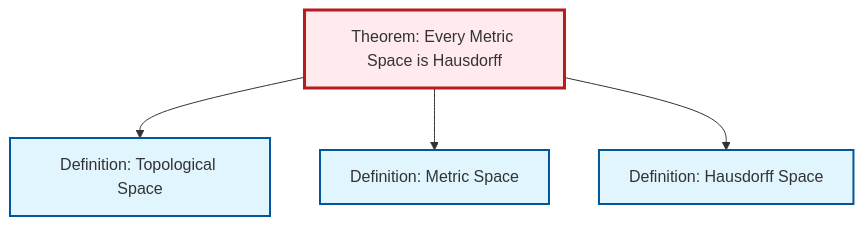
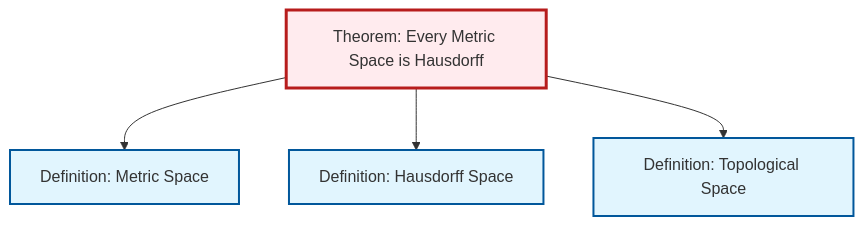
The diagram in content/ja/topology/thm-metric-hausdorff.qmd (RK0429/ModernMath), drawn with Mermaid before and after one commit. The commit also changed other lines of this file and 615 other files, not shown here.

````diff
--- a/content/ja/topology/thm-metric-hausdorff.qmd
+++ b/content/ja/topology/thm-metric-hausdorff.qmd
@@ -63,20 +63,20 @@
 ```{mermaid}
 %%| fig-cap: "Local dependency graph"
 graph TD
     classDef definition fill:#e1f5fe,stroke:#01579b,stroke-width:2px
     classDef theorem fill:#f3e5f5,stroke:#4a148c,stroke-width:2px
     classDef axiom fill:#fff3e0,stroke:#e65100,stroke-width:2px
     classDef example fill:#e8f5e9,stroke:#1b5e20,stroke-width:2px
     classDef current fill:#ffebee,stroke:#b71c1c,stroke-width:3px
     def-hausdorff["Definition: Hausdorff Space"]:::definition
     def-metric-space["Definition: Metric Space"]:::definition
     thm-metric-hausdorff["Theorem: Every Metric Space is Hausdorff"]:::theorem
     def-topological-space["Definition: Topological Space"]:::definition
-    thm-metric-hausdorff --> def-topological-space
     thm-metric-hausdorff --> def-metric-space
     thm-metric-hausdorff --> def-hausdorff
+    thm-metric-hausdorff --> def-topological-space
     class thm-metric-hausdorff current
     click def-hausdorff "def-hausdorff.html" "Definition: Hausdorff Spaceへ"
     click def-metric-space "def-metric-space.html" "Definition: Metric Spaceへ"
     click def-topological-space "def-topological-space.html" "Definition: Topological Spaceへ"
 ```
````
